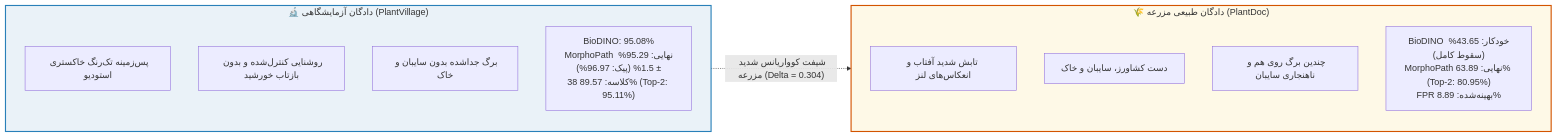
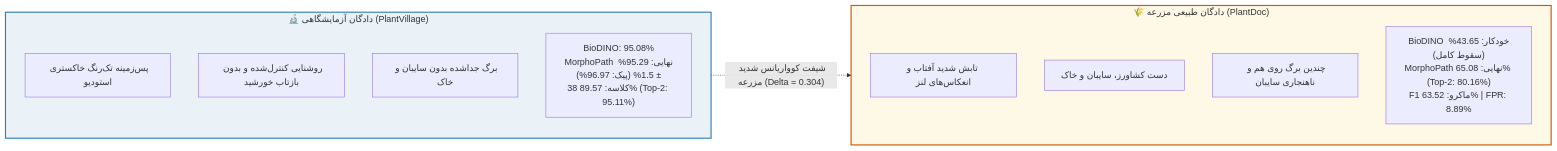
One commit to mortezahatamikia-code/uncertainty-gated-paper changed the diagram in obsidian/Architecture/Master-Comparative-Benchmark-BioDINO-vs-MorphoPath.md. Above: the diagram before and after it, drawn with Mermaid. The commit also changed other lines of this file and 58 other files, not shown here.

````diff
--- a/obsidian/Architecture/Master-Comparative-Benchmark-BioDINO-vs-MorphoPath.md
+++ b/obsidian/Architecture/Master-Comparative-Benchmark-BioDINO-vs-MorphoPath.md
@@ -76,22 +76,22 @@
 ```mermaid
 graph LR
     subgraph Lab ["🔬 دادگان آزمایشگاهی (PlantVillage)"]
         direction TB
         L1["پس‌زمینه تک‌رنگ خاکستری استودیو"]
         L2["روشنایی کنترل‌شده و بدون بازتاب خورشید"]
         L3["برگ جداشده بدون سایبان و خاک"]
         L_res["BioDINO: 95.08%<br/>MorphoPath نهایی: 95.29% ± 1.5% (پیک: 96.97%)<br/>38 کلاسه: 89.57% (Top-2: 95.11%)"]
     end
     
     subgraph Wild ["🌾 دادگان طبیعی مزرعه (PlantDoc)"]
         direction TB
         W1["تابش شدید آفتاب و انعکاس‌های لنز"]
         W2["دست کشاورز، سایبان و خاک"]
         W3["چندین برگ روی هم و ناهنجاری سایبان"]
-        W_res["BioDINO خودکار: 43.65% (سقوط کامل)<br/>MorphoPath نهایی: 63.89% (Top-2: 80.95%)<br/>FPR بهینه‌شده: 8.89%"]
+        W_res["BioDINO خودکار: 43.65% (سقوط کامل)<br/>MorphoPath نهایی: 65.08% (Top-2: 80.16%)<br/>F1 ماکرو: 63.52% | FPR: 8.89%"]
     end
     
     Lab -.->|"شیفت کوواریانس شدید مزرعه (Delta = 0.304)"| Wild
     style Lab fill:#eaf2f8,stroke:#2980b9,stroke-width:2px
     style Wild fill:#fef9e7,stroke:#d35400,stroke-width:2px
 ```
````
